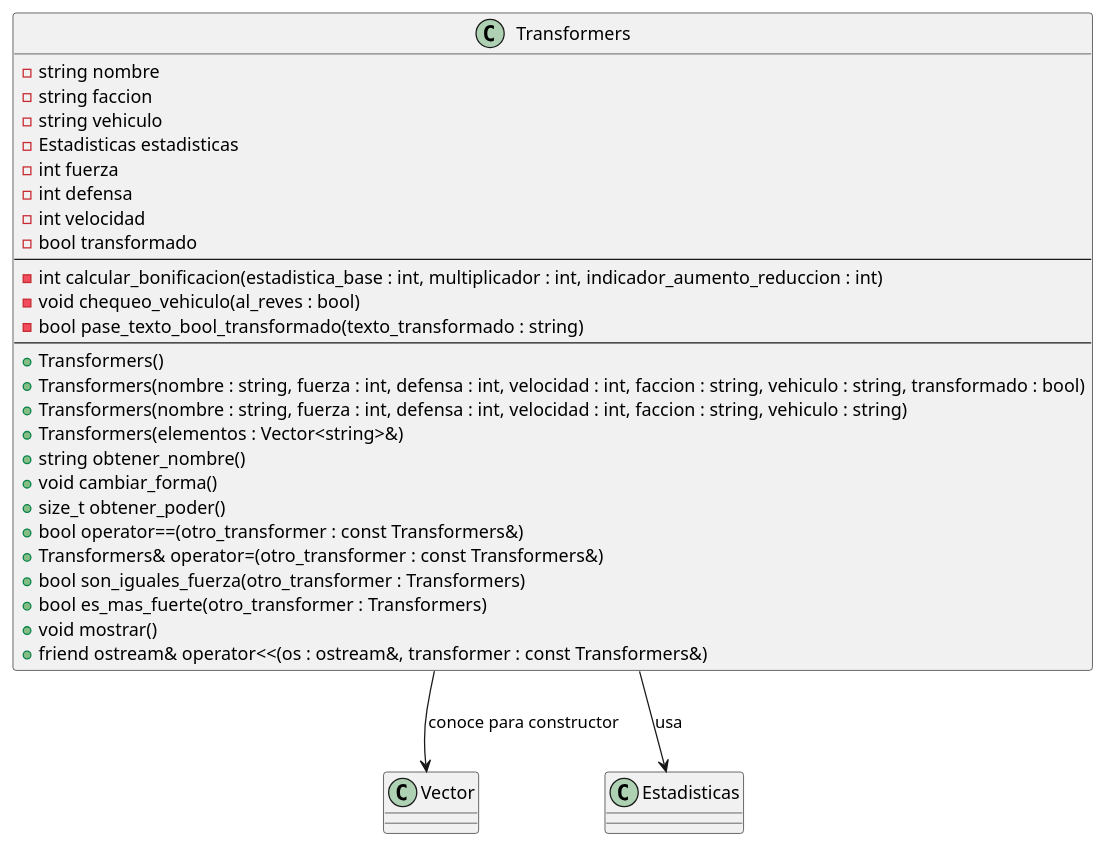
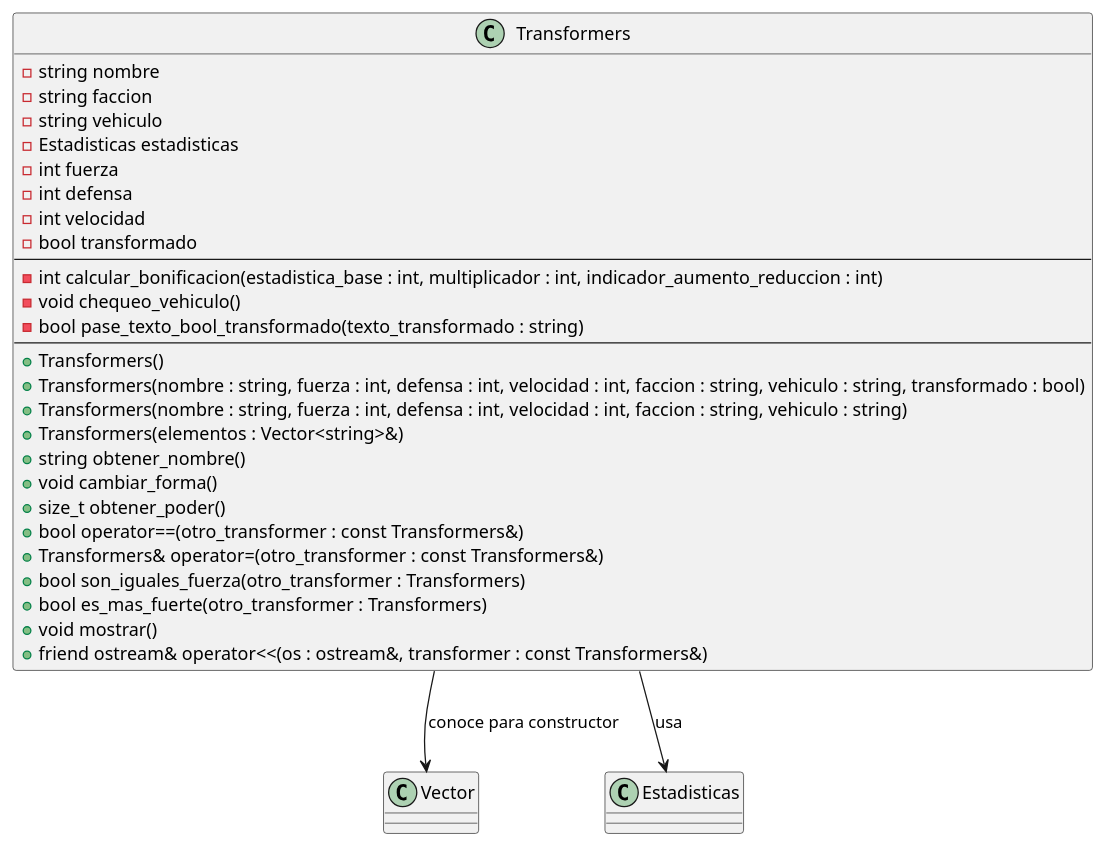
One commit to guillsil/Transformers-Game changed the diagram in Diagramas-UML/Transformers.puml. Above: the diagram before and after it, drawn with PlantUML.

Commit message:
Cambio UML Transformers

```diff
--- a/Diagramas-UML/Transformers.puml
+++ b/Diagramas-UML/Transformers.puml
@@ -1,38 +1,38 @@
 @startuml
 'https://plantuml.com/class-diagram
 class Vector
 class Estadisticas
 
 class Transformers {
     - string nombre
     - string faccion
     - string vehiculo
     - Estadisticas estadisticas
     - int fuerza
     - int defensa
     - int velocidad
     - bool transformado
     ---
     - int calcular_bonificacion(estadistica_base : int, multiplicador : int, indicador_aumento_reduccion : int)
-    - void chequeo_vehiculo(al_reves : bool)
+    - void chequeo_vehiculo()
     - bool pase_texto_bool_transformado(texto_transformado : string)
     ---
     + Transformers()
     + Transformers(nombre : string, fuerza : int, defensa : int, velocidad : int, faccion : string, vehiculo : string, transformado : bool)
     + Transformers(nombre : string, fuerza : int, defensa : int, velocidad : int, faccion : string, vehiculo : string)
     + Transformers(elementos : Vector<string>&)
     + string obtener_nombre()
     + void cambiar_forma()
     + size_t obtener_poder()
     + bool operator==(otro_transformer : const Transformers&)
     + Transformers& operator=(otro_transformer : const Transformers&)
     + bool son_iguales_fuerza(otro_transformer : Transformers)
     + bool es_mas_fuerte(otro_transformer : Transformers)
     + void mostrar()
     + friend ostream& operator<<(os : ostream&, transformer : const Transformers&)
 }
 
 ' Relaciones
 Transformers --> Vector : "conoce para constructor"
 Transformers --> Estadisticas : "usa"
 @enduml
```
